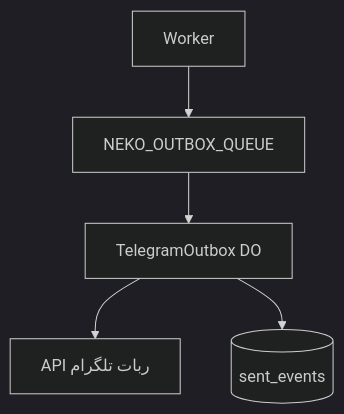
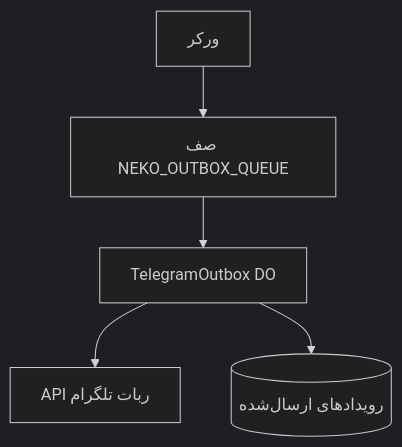
One commit to mohetios/mohetios.dev changed the tenth of 10 diagrams in content/fa/lab/nekonymous-anonymous-messaging-technical-lab.md. Above: the diagram before and after it, drawn with Mermaid (dark theme). The commit also changed other lines of this file and 8 other files, not shown here.

````diff
--- a/content/fa/lab/nekonymous-anonymous-messaging-technical-lab.md
+++ b/content/fa/lab/nekonymous-anonymous-messaging-technical-lab.md
@@ -581,7 +581,7 @@
 ```mermaid
 flowchart TD
-  W[Worker] --> Q[NEKO_OUTBOX_QUEUE]
+  W[ورکر] --> Q[صف NEKO_OUTBOX_QUEUE]
   Q --> O[TelegramOutbox DO]
   O --> T[API ربات تلگرام]
-  O --> S[(sent_events)]
+  O --> S[(رویدادهای ارسال‌شده)]
 ```
````
